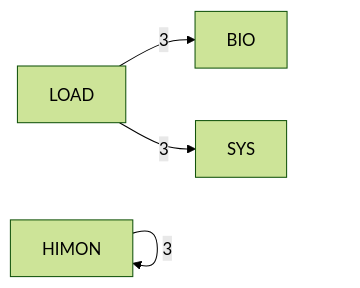
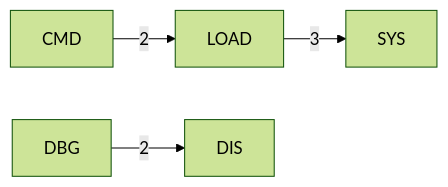
The fourth of 7 diagrams in DOC/GENERATED/ROUTINE_CLASS_DIAGRAM.md (95westus/R-YORS), drawn with Mermaid (forest theme) before and after one commit. The commit also changed other lines of this file and 243 other files, not shown here.

````diff
--- a/DOC/GENERATED/ROUTINE_CLASS_DIAGRAM.md
+++ b/DOC/GENERATED/ROUTINE_CLASS_DIAGRAM.md
@@ -62,6 +62,6 @@
 ```mermaid
 flowchart LR
-    P_HIMON[HIMON] -->|3| P_HIMON[HIMON]
-    P_LOAD[LOAD] -->|3| P_BIO[BIO]
     P_LOAD[LOAD] -->|3| P_SYS[SYS]
+    P_CMD[CMD] -->|2| P_LOAD[LOAD]
+    P_DBG[DBG] -->|2| P_DIS[DIS]
 ```
````
